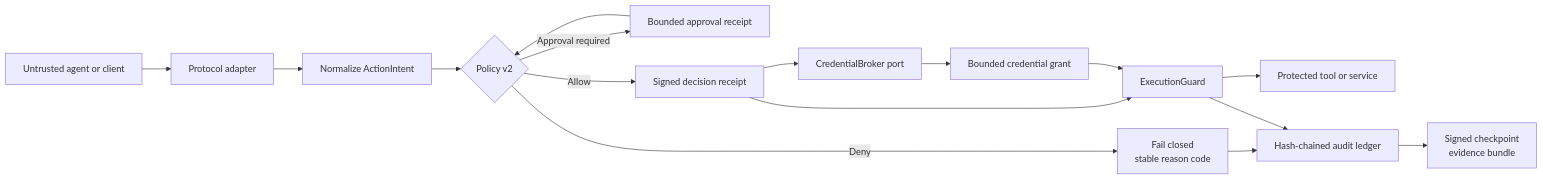
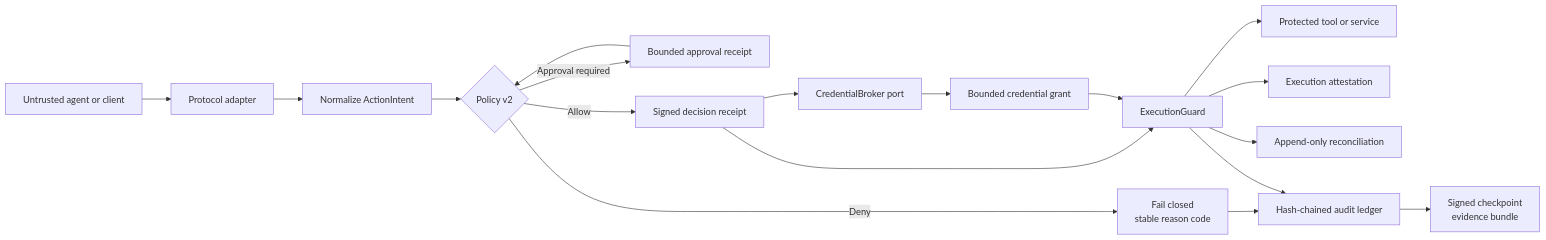
Before and after one commit to TensorScholar/agentguard: the first of 4 diagrams in README.md, drawn with Mermaid. The commit also changed other lines of this file and 31 other files, not shown here.

Commit message:
feat: add execution attestation and delegated authority

````diff
--- a/README.md
+++ b/README.md
@@ -40,18 +40,20 @@
 ```mermaid
 flowchart LR
     U[Untrusted agent or client] --> A[Protocol adapter]
     A --> N[Normalize ActionIntent]
     N --> P{Policy v2}
     P -->|Deny| D[Fail closed<br/>stable reason code]
     P -->|Approval required| H[Bounded approval receipt]
     H --> P
     P -->|Allow| R[Signed decision receipt]
     R --> B[CredentialBroker port]
     B --> G[Bounded credential grant]
     R --> E[ExecutionGuard]
     G --> E
     E --> T[Protected tool or service]
+    E --> X[Execution attestation]
+    E --> Q[Append-only reconciliation]
     D --> L[Hash-chained audit ledger]
     E --> L
     L --> C[Signed checkpoint<br/>evidence bundle]
 ```
````
